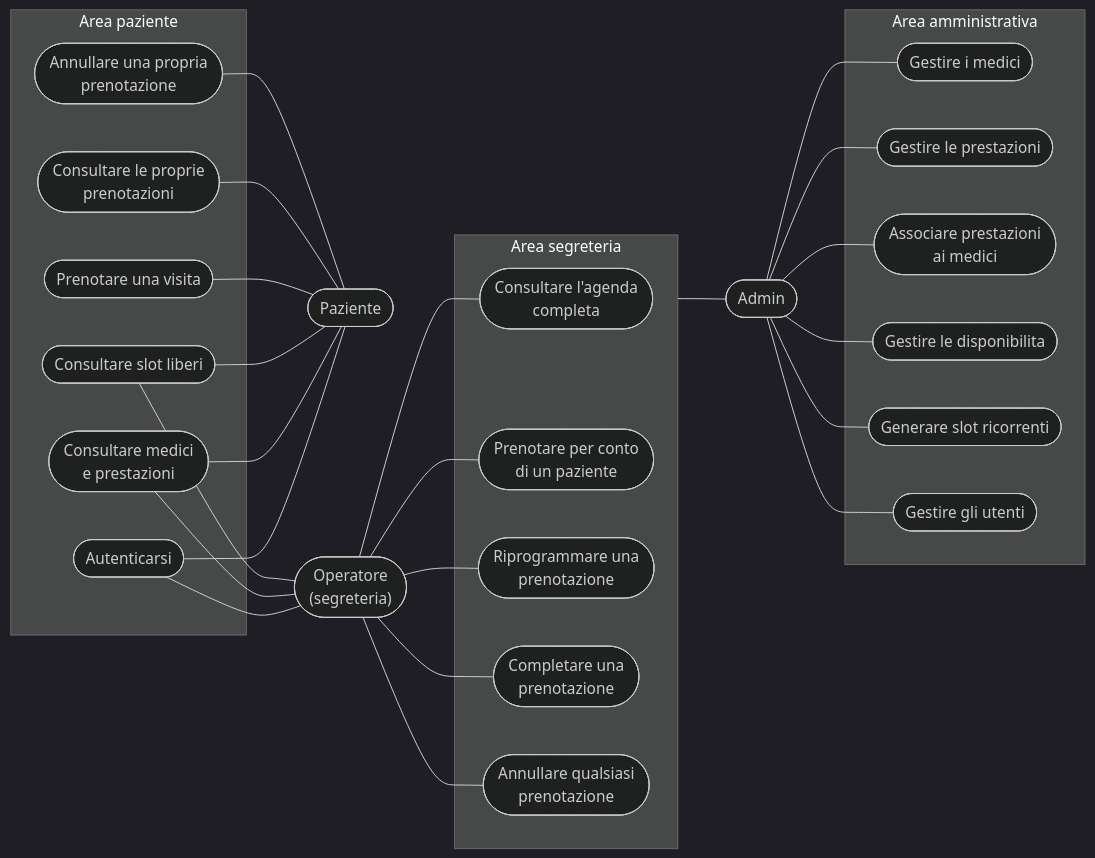
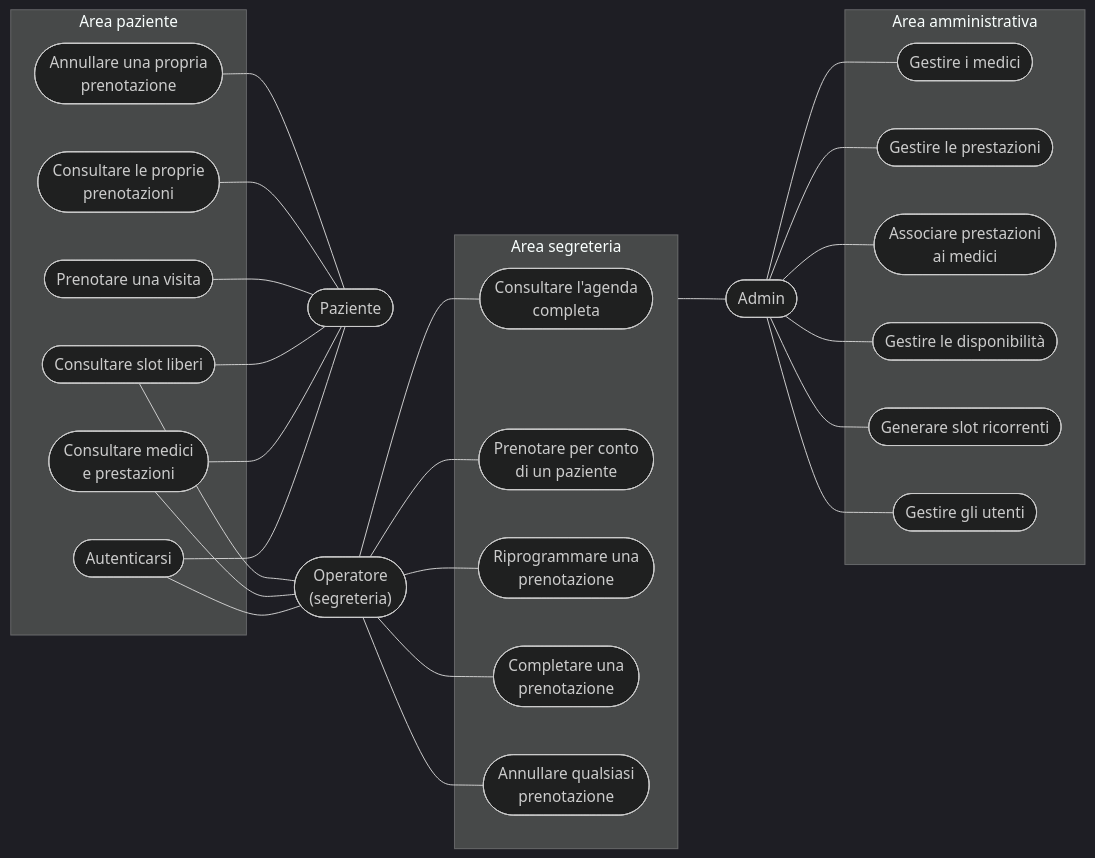
Before and after one commit to giovannicarrino-2802/PW16: the diagram in poliambulatorio-prenotazioni/docs/casi-uso.md, drawn with Mermaid (dark theme). The commit also changed other lines of this file, not shown here.

````diff
--- a/poliambulatorio-prenotazioni/docs/casi-uso.md
+++ b/poliambulatorio-prenotazioni/docs/casi-uso.md
@@ -7,58 +7,58 @@
 ```mermaid
 flowchart LR
     PAZ(["Paziente"])
     OPE(["Operatore<br/>(segreteria)"])
     ADM(["Admin"])
 
     subgraph AREA_PAZ["Area paziente"]
         UC2(["Autenticarsi"])
         UC3(["Consultare medici<br/>e prestazioni"])
         UC4(["Consultare slot liberi"])
         UC5(["Prenotare una visita"])
         UC6(["Consultare le proprie<br/>prenotazioni"])
         UC7(["Annullare una propria<br/>prenotazione"])
     end
 
     subgraph AREA_OPE["Area segreteria"]
         UC8(["Consultare l'agenda<br/>completa"])
         UC9(["Prenotare per conto<br/>di un paziente"])
         UC10(["Riprogrammare una<br/>prenotazione"])
         UC11(["Completare una<br/>prenotazione"])
         UC12(["Annullare qualsiasi<br/>prenotazione"])
     end
 
     subgraph AREA_ADM["Area amministrativa"]
         UC13(["Gestire i medici"])
         UC14(["Gestire le prestazioni"])
         UC15(["Associare prestazioni<br/>ai medici"])
-        UC16(["Gestire le disponibilita"])
+        UC16(["Gestire le disponibilità"])
         UC17(["Generare slot ricorrenti"])
         UC18(["Gestire gli utenti"])
     end
 
     UC2 --- PAZ
     UC3 --- PAZ
     UC4 --- PAZ
     UC5 --- PAZ
     UC6 --- PAZ
     UC7 --- PAZ
 
     UC2 --- OPE
     UC3 --- OPE
     UC4 --- OPE
 
     OPE --- UC8
     OPE --- UC9
     OPE --- UC10
     OPE --- UC11
     OPE --- UC12
 
     AREA_OPE --- ADM
-    
+
     ADM --- UC13
     ADM --- UC14
     ADM --- UC15
     ADM --- UC16
     ADM --- UC17
     ADM --- UC18
 ```
````
